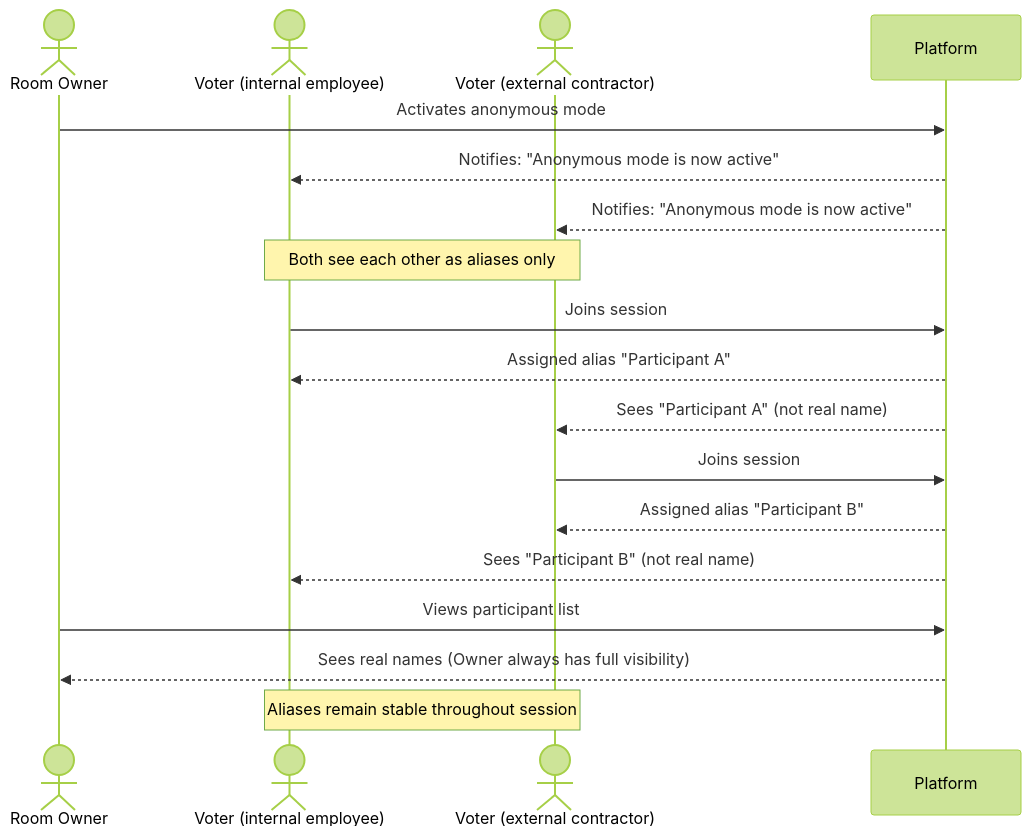
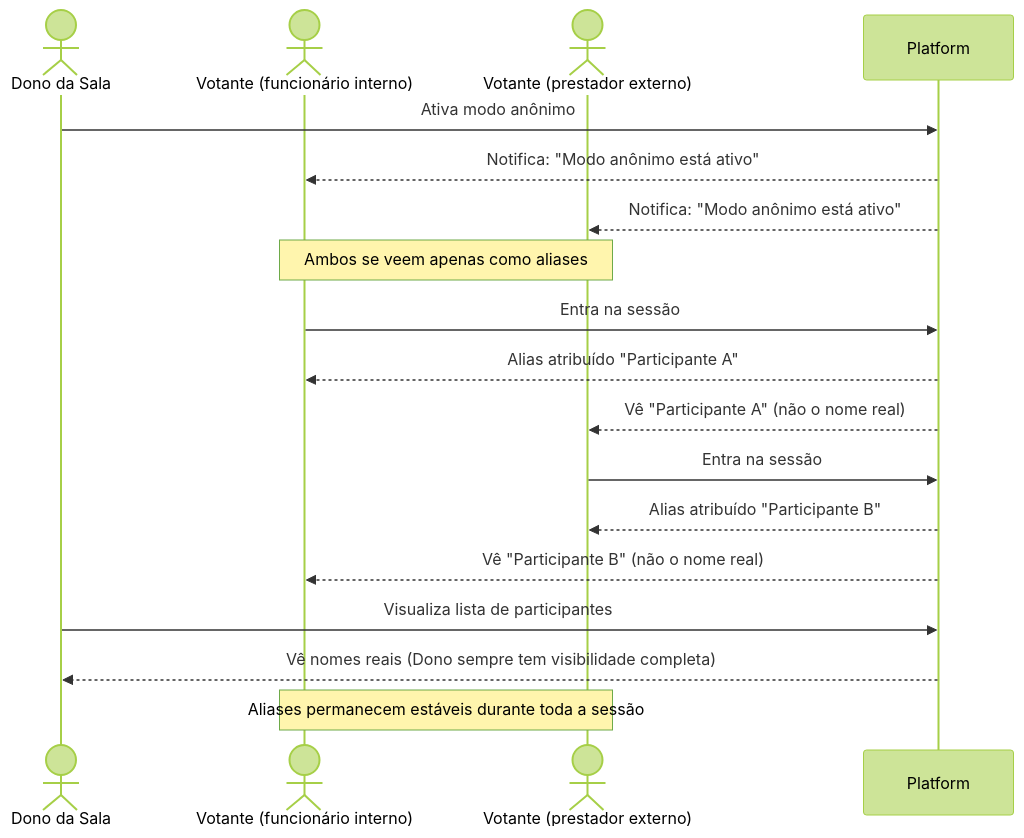
Before and after one commit to hugo-hsbtech/teamwork-process: the third of 7 diagrams in case-poker/07.1-product-backlog-access-control.md, drawn with Mermaid (forest theme). The commit also changed other lines of this file and 64 other files, not shown here.

````diff
--- a/case-poker/07.1-product-backlog-access-control.md
+++ b/case-poker/07.1-product-backlog-access-control.md
@@ -109,25 +109,25 @@
 ```mermaid
 sequenceDiagram
-    actor RO as Room Owner
-    actor V1 as Voter (internal employee)
-    actor V2 as Voter (external contractor)
+    actor RO as Dono da Sala
+    actor V1 as Votante (funcionário interno)
+    actor V2 as Votante (prestador externo)
 
-    RO->>Platform: Activates anonymous mode
-    Platform-->>V1: Notifies: "Anonymous mode is now active"
-    Platform-->>V2: Notifies: "Anonymous mode is now active"
+    RO->>Platform: Ativa modo anônimo
+    Platform-->>V1: Notifica: "Modo anônimo está ativo"
+    Platform-->>V2: Notifica: "Modo anônimo está ativo"
 
-    Note over V1,V2: Both see each other as aliases only
+    Note over V1,V2: Ambos se veem apenas como aliases
 
-    V1->>Platform: Joins session
-    Platform-->>V1: Assigned alias "Participant A"
-    Platform-->>V2: Sees "Participant A" (not real name)
+    V1->>Platform: Entra na sessão
+    Platform-->>V1: Alias atribuído "Participante A"
+    Platform-->>V2: Vê "Participante A" (não o nome real)
 
-    V2->>Platform: Joins session
-    Platform-->>V2: Assigned alias "Participant B"
-    Platform-->>V1: Sees "Participant B" (not real name)
+    V2->>Platform: Entra na sessão
+    Platform-->>V2: Alias atribuído "Participante B"
+    Platform-->>V1: Vê "Participante B" (não o nome real)
 
-    RO->>Platform: Views participant list
-    Platform-->>RO: Sees real names (Owner always has full visibility)
+    RO->>Platform: Visualiza lista de participantes
+    Platform-->>RO: Vê nomes reais (Dono sempre tem visibilidade completa)
 
-    Note over V1,V2: Aliases remain stable throughout session
+    Note over V1,V2: Aliases permanecem estáveis durante toda a sessão
 ```
````
